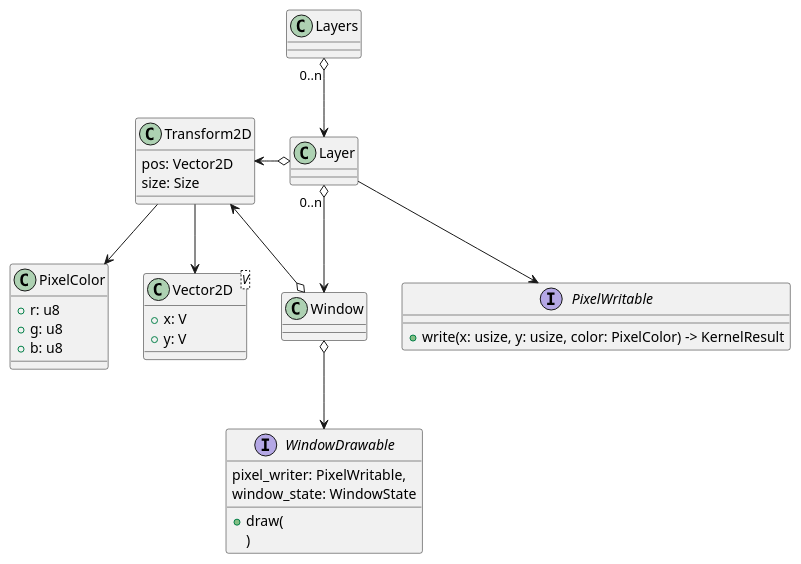
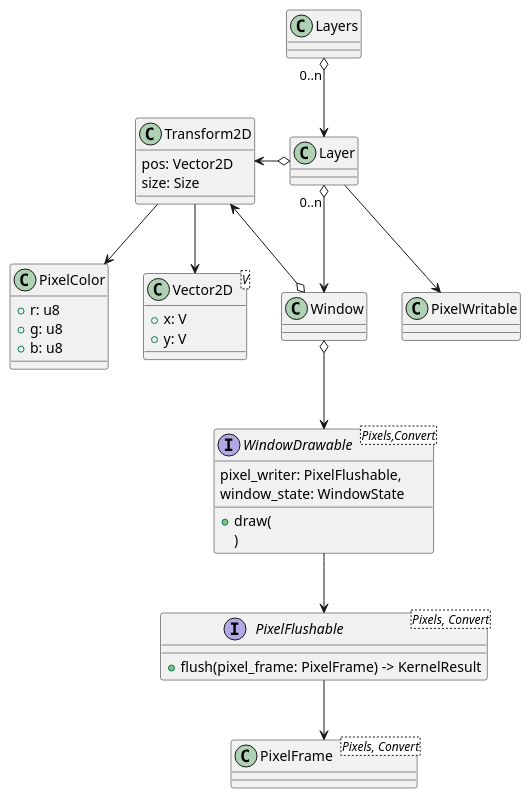
Before and after one commit to not-elm/mikanos-rs: the diagram in layer.puml, drawn with PlantUML. The commit also changed 18 other files, not shown here.

```diff
--- a/layer.puml
+++ b/layer.puml
@@ -1,55 +1,63 @@
 @startuml
 'https://plantuml.com/class-diagram
 
 class Layers
 
 class Layer{
 
 }
 
 class Window
 
 class PixelColor{
     + r: u8
     + g: u8
     + b: u8
 }
 
 class Vector2D<V>{
     + x: V
     + y: V
 }
 
 class Transform2D{
     pos: Vector2D
     size: Size
 }
 
 
-interface PixelWritable{
-    + write(x: usize, y: usize, color: PixelColor) -> KernelResult
+class PixelFrame<Pixels, Convert>{
+
+
+}
+
+interface PixelFlushable<Pixels, Convert>{
+    + flush(pixel_frame: PixelFrame) -> KernelResult
 }
 
 
-interface WindowDrawable{
+interface WindowDrawable<Pixels,Convert>{
     + draw(
-     pixel_writer: PixelWritable,
+     pixel_writer: PixelFlushable,
      window_state: WindowState
      )
 }
 
 
 Layers "0..n" o--> Layer
 
 Layer "0..n" o--> Window
 Layer --> PixelWritable
 Layer o-left-> Transform2D
 
 
 Window o-left-> Transform2D
 Window o--> WindowDrawable
 
 Transform2D --> PixelColor
 Transform2D --> Vector2D
 
+WindowDrawable --> PixelFlushable
+PixelFlushable --> PixelFrame
+
 @enduml
```
